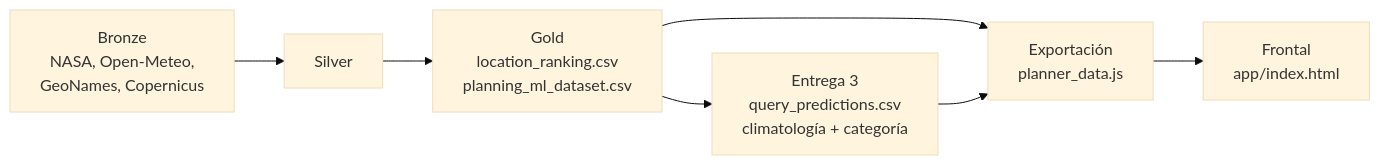
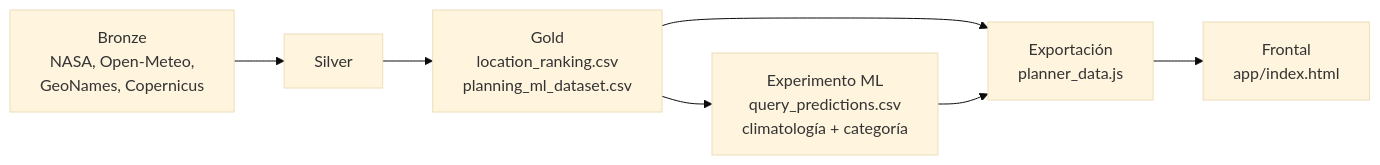
Before and after one commit to alvaromedinaro-png/Proyecto_TFM: the second of 2 diagrams in docs/entregas/04_diseno_frontal_ux.md, drawn with Mermaid (base theme). The commit also changed other lines of this file and 41 other files, not shown here.

````diff
--- a/docs/entregas/04_diseno_frontal_ux.md
+++ b/docs/entregas/04_diseno_frontal_ux.md
@@ -170,8 +170,8 @@
 ```mermaid
 flowchart LR
     B[Bronze<br/>NASA, Open-Meteo,<br/>GeoNames, Copernicus] --> S[Silver] --> G[Gold<br/>location_ranking.csv<br/>planning_ml_dataset.csv]
-    G --> M[Entrega 3<br/>query_predictions.csv<br/>climatología + categoría]
+    G --> M[Experimento ML<br/>query_predictions.csv<br/>climatología + categoría]
     G --> X[Exportación<br/>planner_data.js]
     M --> X
     X --> F[Frontal<br/>app/index.html]
 ```
````
